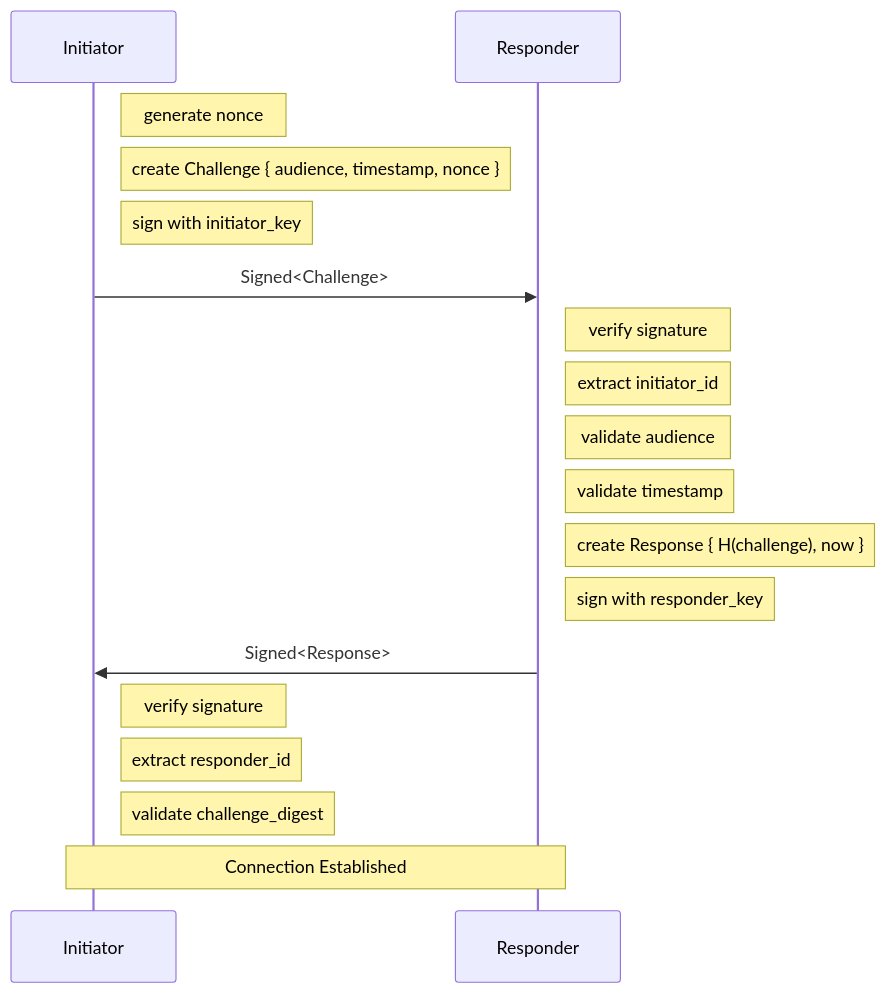
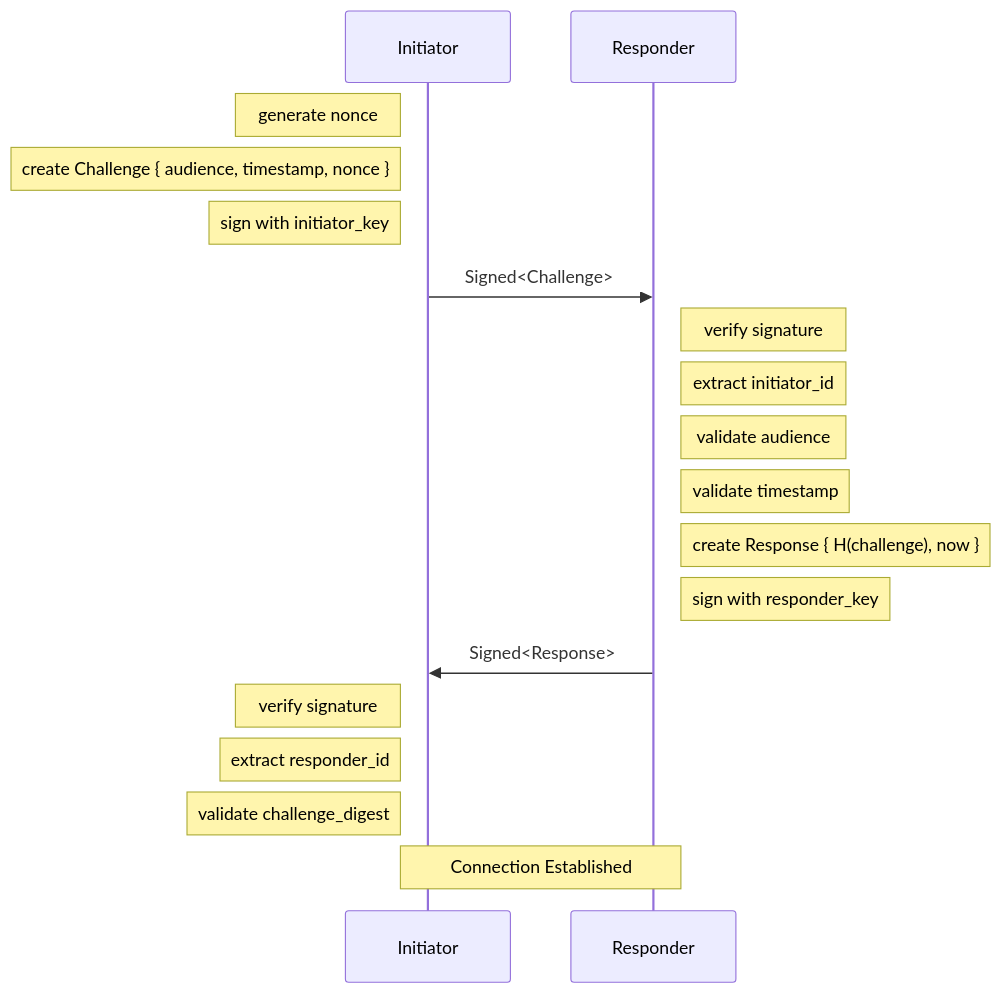
The third of 4 diagrams in design/handshake.md (inkandswitch/subduction), drawn with Mermaid before and after one commit. The commit also changed other lines of this file, not shown here.

Commit message:
improive diagrams

````diff
--- a/design/handshake.md
+++ b/design/handshake.md
@@ -186,26 +186,26 @@
 ```mermaid
 sequenceDiagram
     participant I as Initiator
     participant R as Responder
 
-    Note right of I: generate nonce
-    Note right of I: create Challenge { audience, timestamp, nonce }
-    Note right of I: sign with initiator_key
+    Note left of I: generate nonce
+    Note left of I: create Challenge { audience, timestamp, nonce }
+    Note left of I: sign with initiator_key
 
     I->>R: Signed<Challenge>
 
     Note right of R: verify signature
     Note right of R: extract initiator_id
     Note right of R: validate audience
     Note right of R: validate timestamp
     Note right of R: create Response { H(challenge), now }
     Note right of R: sign with responder_key
 
     R->>I: Signed<Response>
 
-    Note right of I: verify signature
-    Note right of I: extract responder_id
-    Note right of I: validate challenge_digest
+    Note left of I: verify signature
+    Note left of I: extract responder_id
+    Note left of I: validate challenge_digest
 
     Note over I,R: Connection Established
 ```
````
